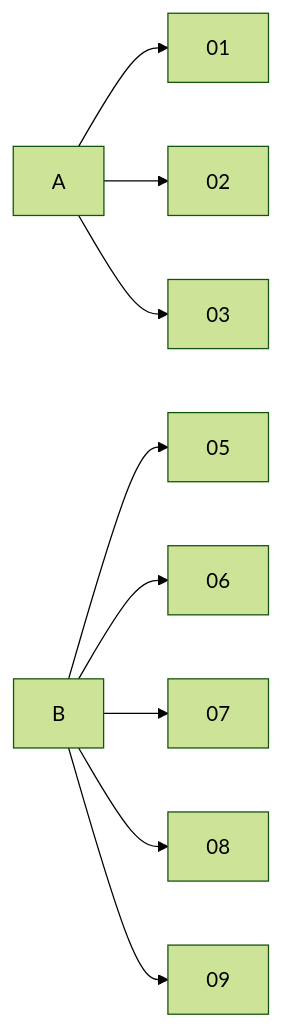
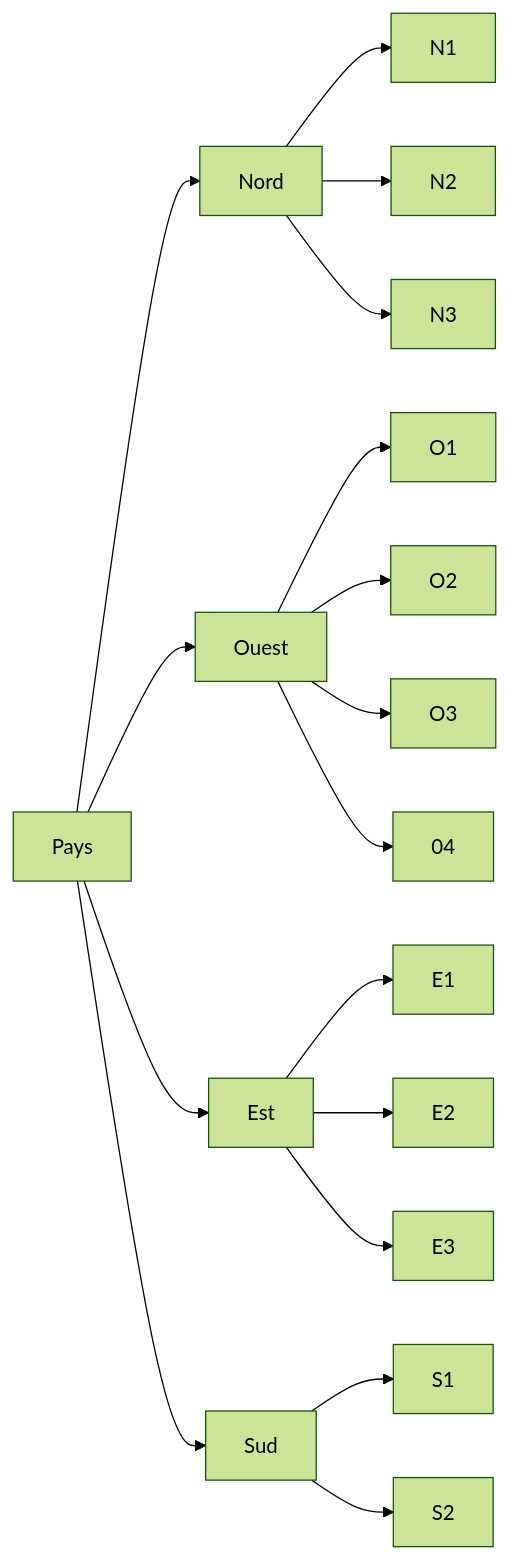
Before and after one commit to InseeFrLab/manuel-protection-tableaux: the diagram in 03_notions.qmd, drawn with Mermaid (forest theme). The commit also changed other lines of this file and 25 other files, not shown here.

````diff
--- a/03_notions.qmd
+++ b/03_notions.qmd
@@ -154,11 +148,19 @@
 ```{mermaid}
 flowchart LR
-  A[A] --> B[01]
-  A --> C[02]
-  A --> D[03]
-  E[B] --> F[05]
-  E --> G[06]
-  E --> H[07]
-  E --> I[08]
-  E --> J[09]
+  A[Pays] --> B[Nord]
+  A[Pays] --> C[Ouest]
+  A[Pays] --> D[Est]
+  A[Pays] --> E[Sud]
+  B --> F[N1]
+  B --> G[N2]
+  B --> H[N3]
+  C --> I[O1]
+  C --> J[O2]
+  C --> K[O3]
+  C --> L[04]
+  D --> M[E1]
+  D --> N[E2]
+  D --> O[E3]
+  E --> P[S1]
+  E --> Q[S2]
 ```
````
